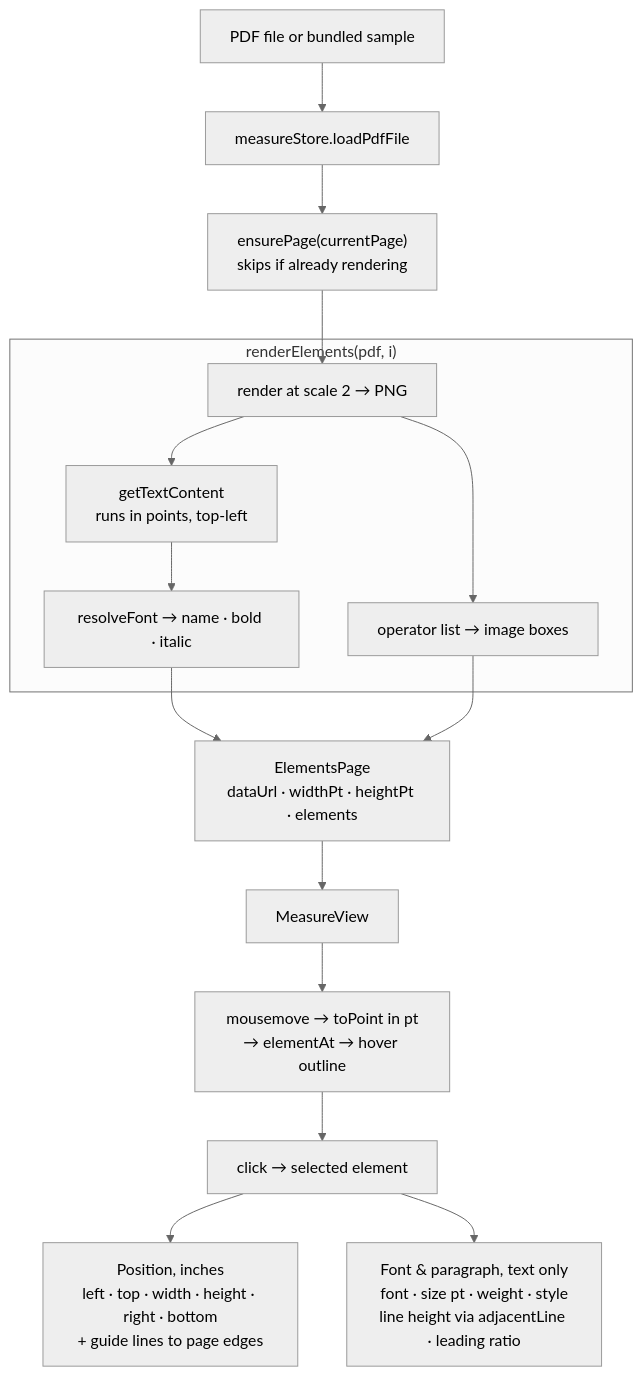
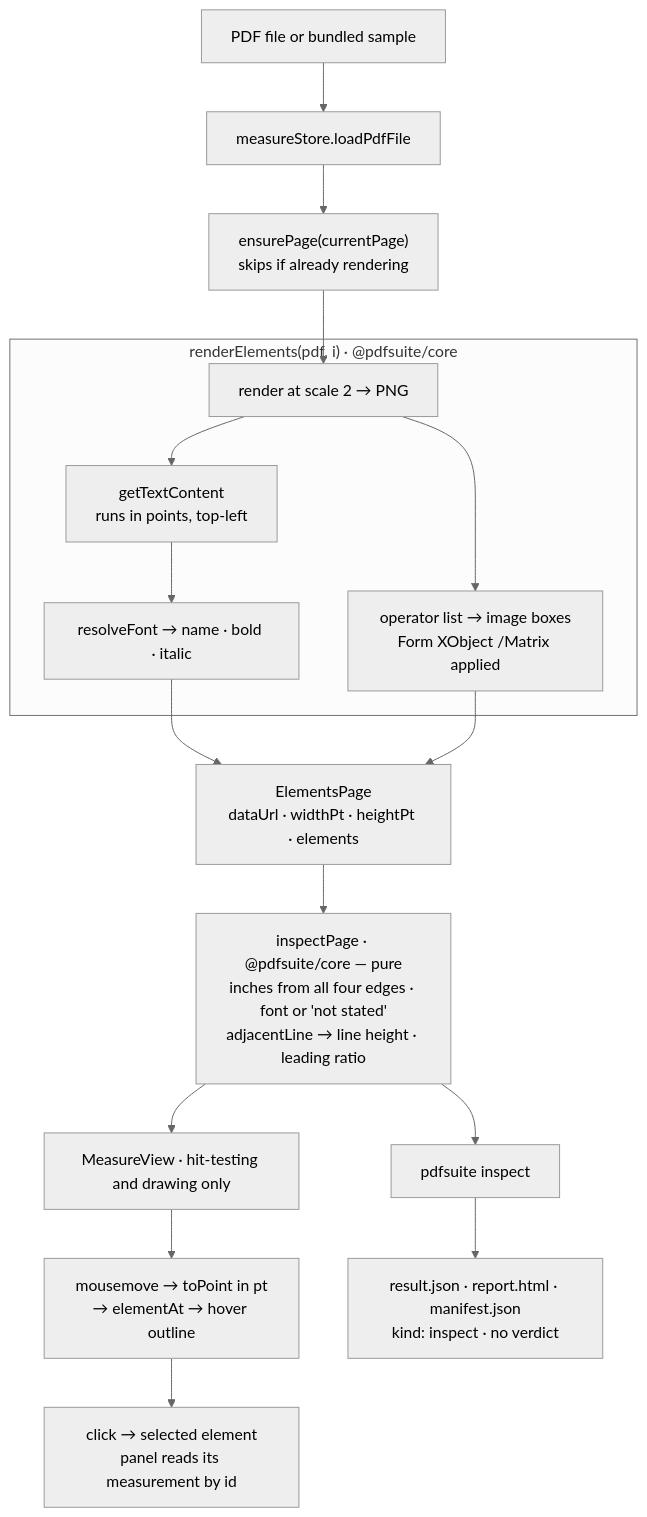
One commit to sid4861/pdf-testing-suite changed diagram 12 of 26 in docs/ARCHITECTURE.md. Above: the diagram before and after it, drawn with Mermaid (neutral theme). The commit also changed other lines of this file and 345 other files, not shown here.

````diff
--- a/docs/ARCHITECTURE.md
+++ b/docs/ARCHITECTURE.md
@@ -460,17 +476,18 @@
 ```mermaid
 flowchart TB
   F["PDF file or bundled sample"] --> L["measureStore.loadPdfFile"]
   L --> EP["ensurePage(currentPage)<br/>skips if already rendering"]
   EP --> R1
-  subgraph RE["renderElements(pdf, i)"]
+  subgraph RE["renderElements(pdf, i) · @pdfsuite/core"]
     R1["render at scale 2 → PNG"] --> R2["getTextContent<br/>runs in points, top-left"]
     R2 --> R3["resolveFont → name · bold · italic"]
-    R1 --> R4["operator list → image boxes"]
+    R1 --> R4["operator list → image boxes<br/>Form XObject /Matrix applied"]
   end
   R3 & R4 --> EPG["ElementsPage<br/>dataUrl · widthPt · heightPt · elements"]
-  EPG --> MV["MeasureView"]
+  EPG --> IP["inspectPage · @pdfsuite/core — pure<br/>inches from all four edges · font or 'not stated'<br/>adjacentLine → line height · leading ratio"]
+  IP --> MV["MeasureView · hit-testing and drawing only"]
+  IP --> CLI["pdfsuite inspect"]
   MV --> HV["mousemove → toPoint in pt<br/>→ elementAt → hover outline"]
-  HV --> SEL["click → selected element"]
-  SEL --> POS["Position, inches<br/>left · top · width · height · right · bottom<br/>+ guide lines to page edges"]
-  SEL --> FON["Font & paragraph, text only<br/>font · size pt · weight · style<br/>line height via adjacentLine · leading ratio"]
+  HV --> SEL["click → selected element<br/>panel reads its measurement by id"]
+  CLI --> OUT["result.json · report.html · manifest.json<br/>kind: inspect · no verdict"]
 ```
````
